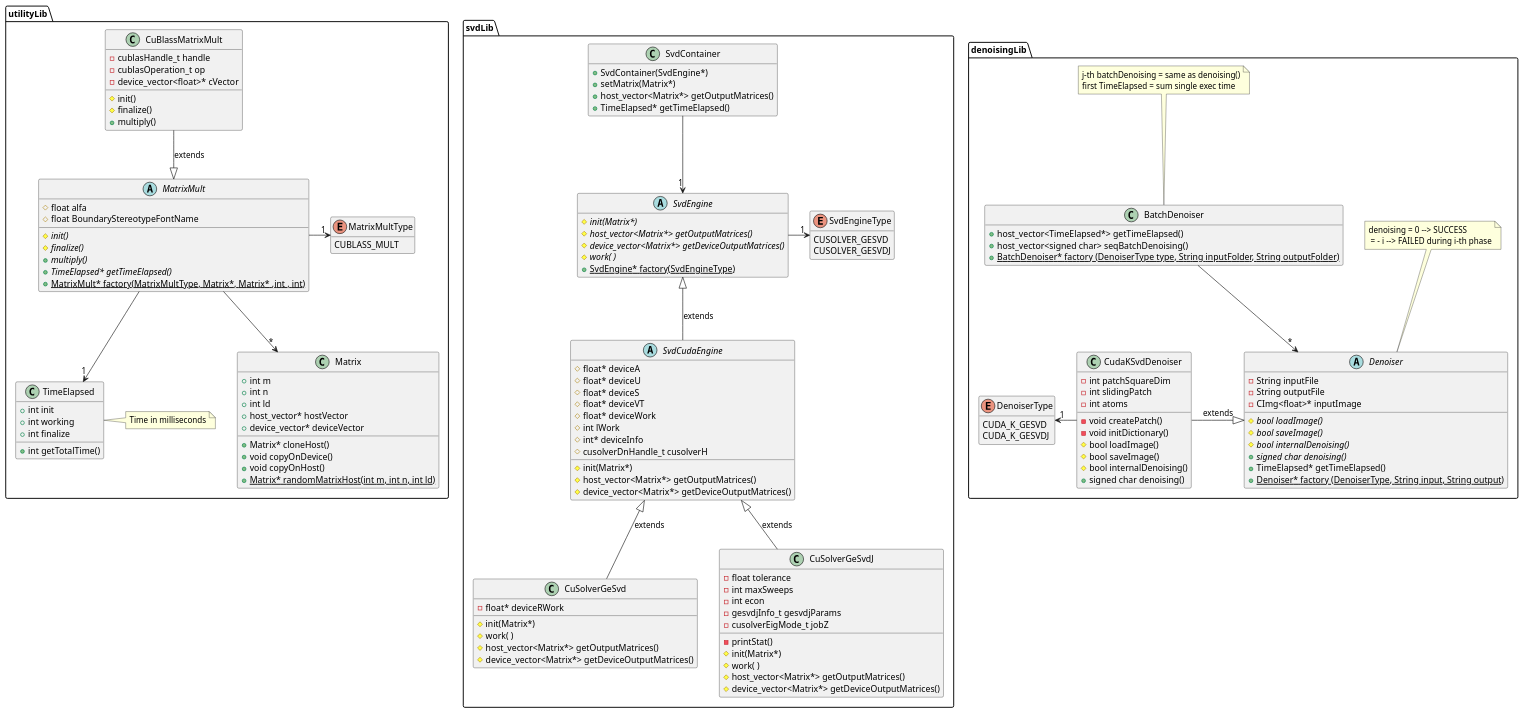
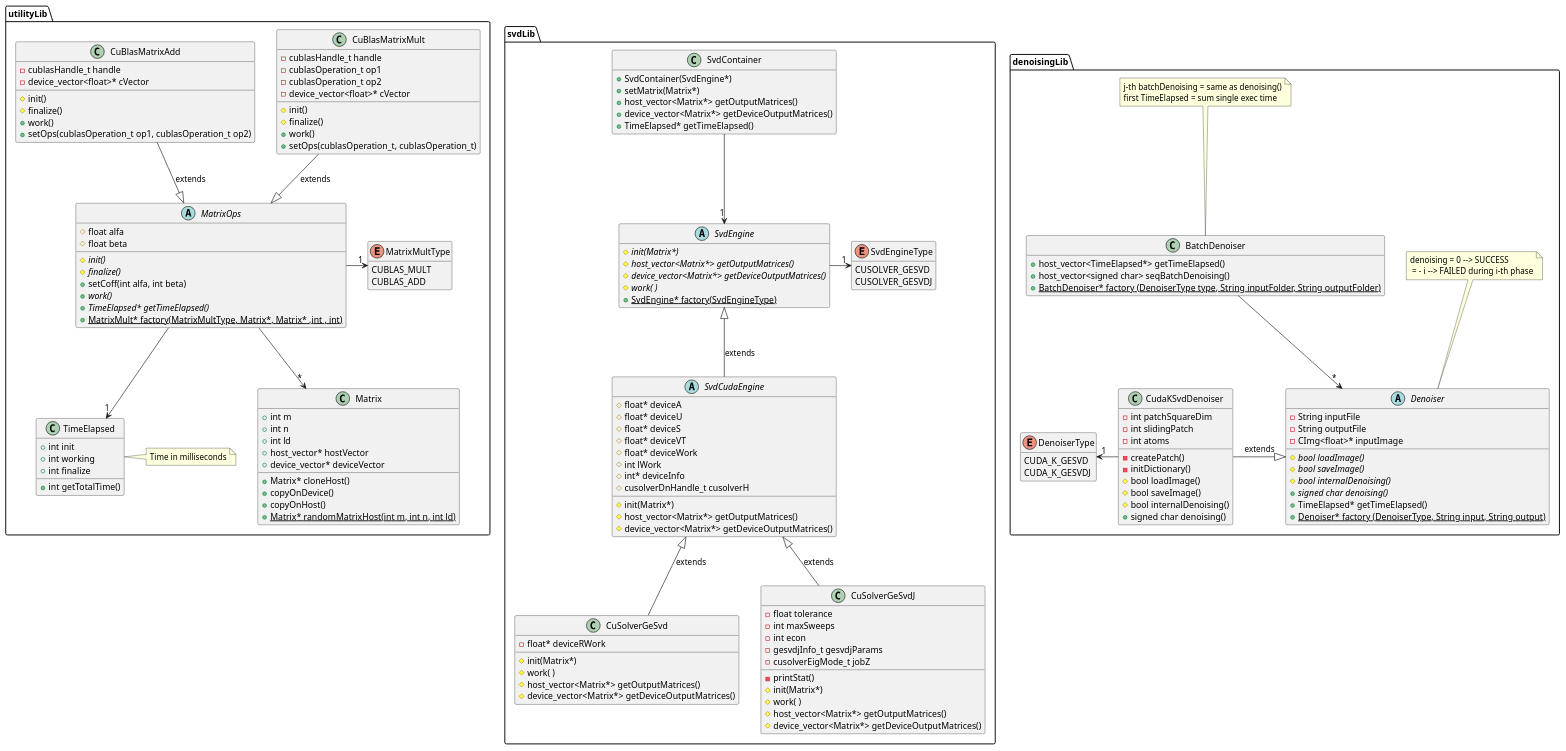
The diagram in uml/src/classDiagram.puml (newfla/CUDA-K-SVD-Denoising), drawn with PlantUML before and after one commit. The commit also changed 15 other files, not shown here.

```diff
--- a/uml/src/classDiagram.puml
+++ b/uml/src/classDiagram.puml
@@ -10,8 +10,8 @@
         + device_vector* deviceVector
         
         + Matrix* cloneHost()
-        + void copyOnDevice()
-        + void copyOnHost()
+        + copyOnDevice()
+        + copyOnHost()
         {static} + Matrix* randomMatrixHost(int m, int n, int ld)
     }
 
@@ -25,36 +25,52 @@
     note right: Time in milliseconds
 
     enum MatrixMultType{
-            CUBLASS_MULT
+            CUBLAS_MULT
+            CUBLAS_ADD
     }
 
-    abstract class MatrixMult{
+    abstract class MatrixOps{
 
         # float alfa
-        # float BoundaryStereotypeFontName
+        # float beta
 
         {abstract} # init()
         {abstract} # finalize()
-        {abstract} + multiply()
+        + setCoff(int alfa, int beta)
+        {abstract} + work()
         {abstract} + TimeElapsed* getTimeElapsed()
         {static} + MatrixMult* factory(MatrixMultType, Matrix*, Matrix* ,int , int)
     }
 
-    class CuBlassMatrixMult{
+    class CuBlasMatrixMult{
 
         - cublasHandle_t handle
-        - cublasOperation_t op
+        - cublasOperation_t op1
+        - cublasOperation_t op2
         - device_vector<float>* cVector
 
         # init()
         # finalize()
-        + multiply()
+        + work()
+        + setOps(cublasOperation_t, cublasOperation_t) 
     }
 
-    MatrixMult --> "*" Matrix
-    MatrixMult --> "1" TimeElapsed
-    MatrixMult -> "1" MatrixMultType 
-    CuBlassMatrixMult --|> MatrixMult : extends
+    class CuBlasMatrixAdd{
+
+        - cublasHandle_t handle
+        - device_vector<float>* cVector
+
+        # init()
+        # finalize()
+        + work()
+        + setOps(cublasOperation_t op1, cublasOperation_t op2)
+    }
+
+    MatrixOps --> "*" Matrix
+    MatrixOps --> "1" TimeElapsed
+    MatrixOps -> "1" MatrixMultType 
+    CuBlasMatrixMult --|> MatrixOps : extends
+    CuBlasMatrixAdd --|> MatrixOps : extends
 
     hide MatrixMultType methods 
 }
@@ -82,8 +98,8 @@
         # cusolverDnHandle_t cusolverH
         
 
-        #  init(Matrix*)
-        #  host_vector<Matrix*> getOutputMatrices()
+        # init(Matrix*)
+        # host_vector<Matrix*> getOutputMatrices()
         # device_vector<Matrix*> getDeviceOutputMatrices()
     }
 
@@ -122,6 +138,7 @@
         + SvdContainer(SvdEngine*)
         + setMatrix(Matrix*)
         + host_vector<Matrix*> getOutputMatrices()
+        + device_vector<Matrix*> getDeviceOutputMatrices()
         + TimeElapsed* getTimeElapsed()
     }
 
@@ -167,8 +184,8 @@
         - int slidingPatch
         - int atoms
 
-        - void createPatch()
-        - void initDictionary()
+        - createPatch()
+        - initDictionary()
         # bool loadImage()
         # bool saveImage()
         # bool internalDenoising()
```
